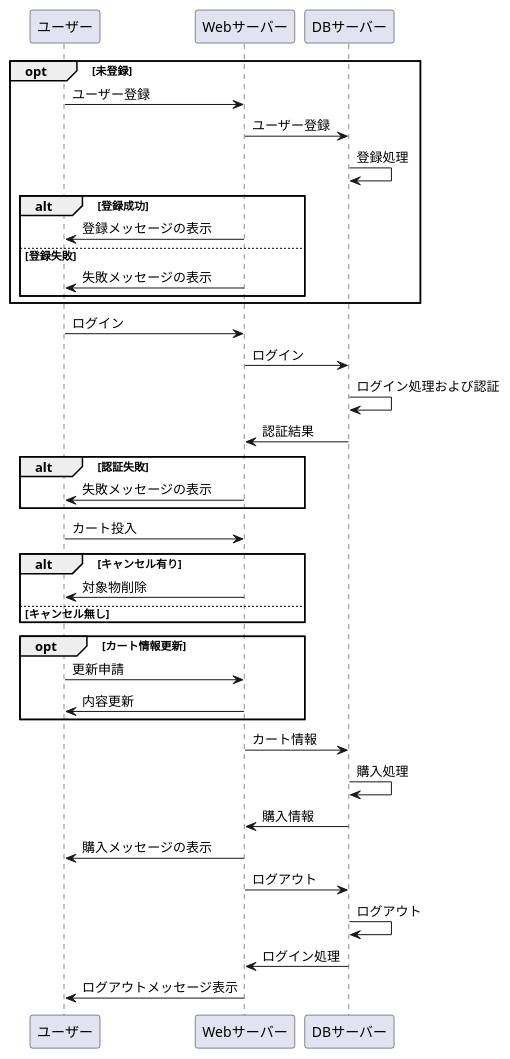
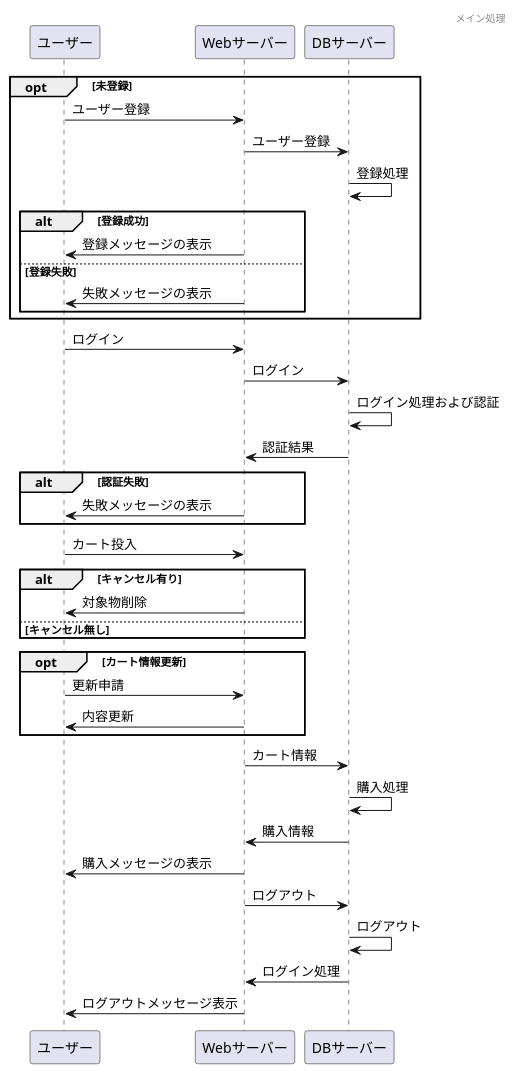
Before and after one commit to Aso2001385/2021sys-design: the first of 2 diagrams in sample/OperationFrow.md, drawn with PlantUML.

````diff
--- a/sample/OperationFrow.md
+++ b/sample/OperationFrow.md
@@ -1,56 +1,57 @@
 ```uml 
 @startuml 
+header メイン処理
 
  opt 未登録
 
   ユーザー -> Webサーバー:ユーザー登録
   Webサーバー -> DBサーバー:ユーザー登録
   DBサーバー -> DBサーバー:登録処理
 
   alt 登録成功
     Webサーバー ->ユーザー:登録メッセージの表示
   else 登録失敗
     Webサーバー ->ユーザー:失敗メッセージの表示
   end
 
  end
 
  ユーザー -> Webサーバー:ログイン
  Webサーバー -> DBサーバー:ログイン
  DBサーバー -> DBサーバー:ログイン処理および認証
  DBサーバー -> Webサーバー:認証結果
 
  alt 認証失敗
   Webサーバー ->ユーザー:失敗メッセージの表示
  end
  
 
 ユーザー -> Webサーバー:カート投入
 
 
 
   
   alt キャンセル有り
       Webサーバー ->ユーザー:対象物削除
     else キャンセル無し
   end
   
   opt カート情報更新
       ユーザー -> Webサーバー:更新申請
       Webサーバー ->ユーザー:内容更新
   end
   
 Webサーバー -> DBサーバー:カート情報
 DBサーバー -> DBサーバー:購入処理
 DBサーバー -> Webサーバー:購入情報
 Webサーバー ->ユーザー:購入メッセージの表示
 
  
 
 Webサーバー -> DBサーバー:ログアウト
 DBサーバー -> DBサーバー:ログアウト
 DBサーバー -> Webサーバー:ログイン処理
 Webサーバー ->ユーザー:ログアウトメッセージ表示
 
 @enduml
 ```
````
